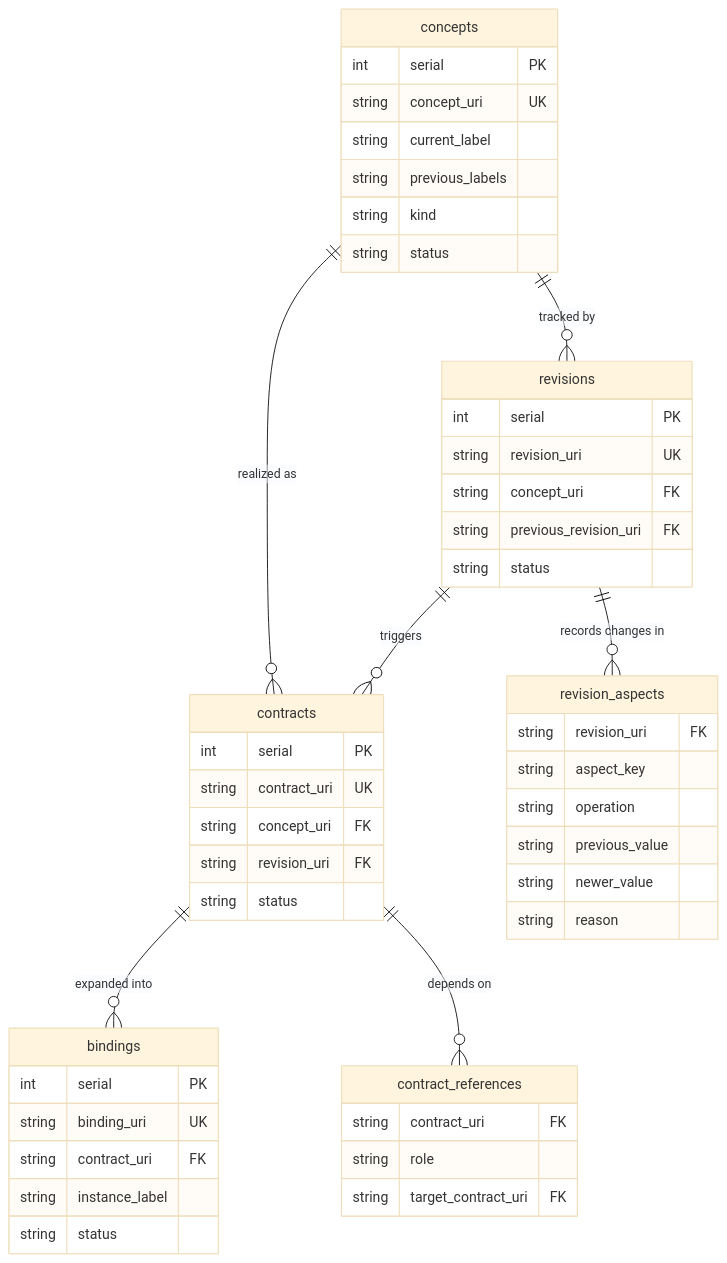
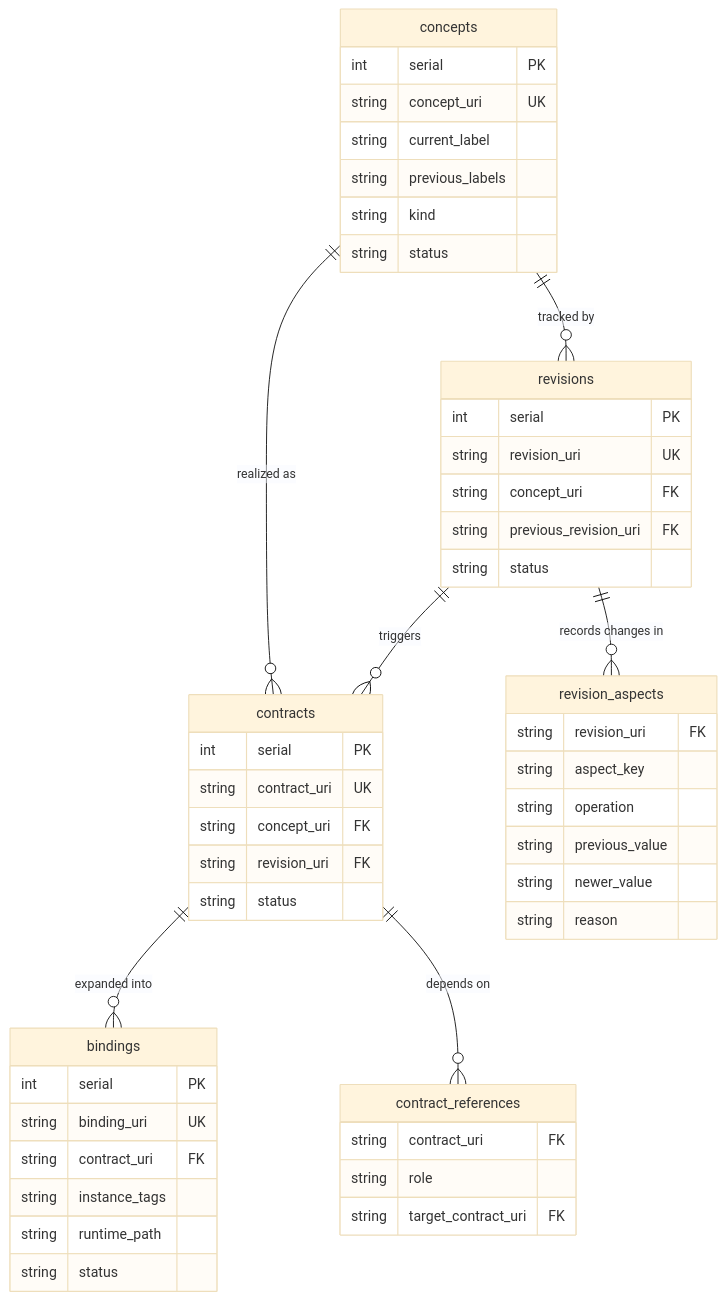
Before and after one commit to COVESA/modl: the fifth of 5 diagrams in README.md, drawn with Mermaid (base theme). The commit also changed other lines of this file and 13 other files, not shown here.

````diff
--- a/README.md
+++ b/README.md
@@ -310,52 +315,53 @@
 ```mermaid
 erDiagram
     concepts ||--o{ revisions : "tracked by"
     concepts ||--o{ contracts : "realized as"
     revisions ||--o{ contracts : "triggers"
     revisions ||--o{ revision_aspects : "records changes in"
     contracts ||--o{ bindings : "expanded into"
     contracts ||--o{ contract_references : "depends on"
 
     concepts {
         int serial PK
         string concept_uri UK
         string current_label
         string previous_labels
         string kind
         string status
     }
     revisions {
         int serial PK
         string revision_uri UK
         string concept_uri FK
         string previous_revision_uri FK
         string status
     }
     contracts {
         int serial PK
         string contract_uri UK
         string concept_uri FK
         string revision_uri FK
         string status
     }
     bindings {
         int serial PK
         string binding_uri UK
         string contract_uri FK
-        string instance_label
+        string instance_tags
+        string runtime_path
         string status
     }
     revision_aspects {
         string revision_uri FK
         string aspect_key
         string operation
         string previous_value
         string newer_value
         string reason
     }
     contract_references {
         string contract_uri FK
         string role
         string target_contract_uri FK
     }
 ```
````
